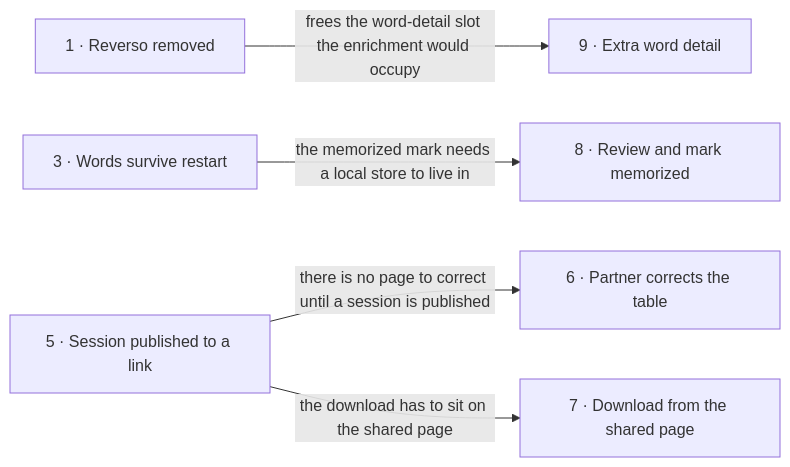
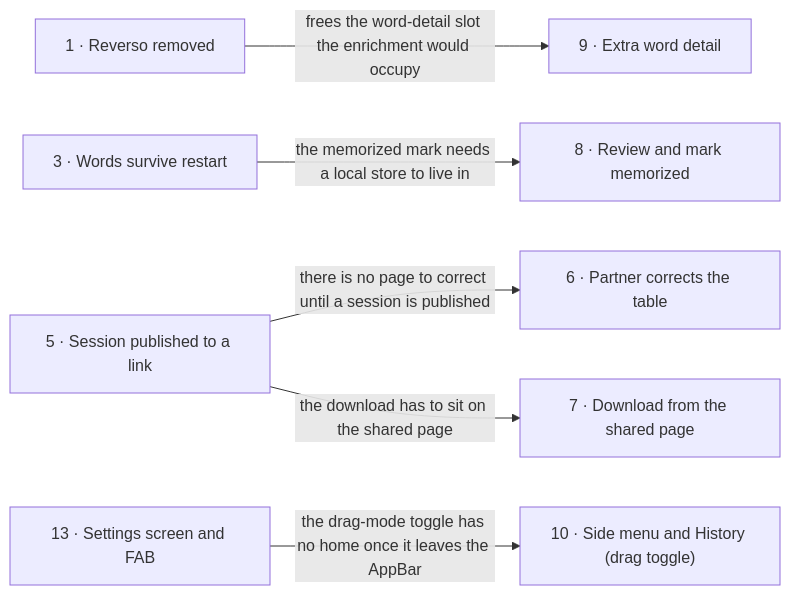
Before and after one commit to mlevytskiy/flutter_vocabulary_app: the diagram in docs/roadmap.md, drawn with Mermaid. The commit also changed other lines of this file and 25 other files, not shown here.

````diff
--- a/docs/roadmap.md
+++ b/docs/roadmap.md
@@ -86,7 +90,8 @@
 ```mermaid
 flowchart LR
   s1["1 · Reverso removed"] -->|"frees the word-detail slot the enrichment would occupy"| s9["9 · Extra word detail"]
   s3["3 · Words survive restart"] -->|"the memorized mark needs a local store to live in"| s8["8 · Review and mark memorized"]
   s5["5 · Session published to a link"] -->|"there is no page to correct until a session is published"| s6["6 · Partner corrects the table"]
   s5 -->|"the download has to sit on the shared page"| s7["7 · Download from the shared page"]
+  s13["13 · Settings screen and FAB"] -->|"the drag-mode toggle has no home once it leaves the AppBar"| s10["10 · Side menu and History (drag toggle)"]
 ```
````
